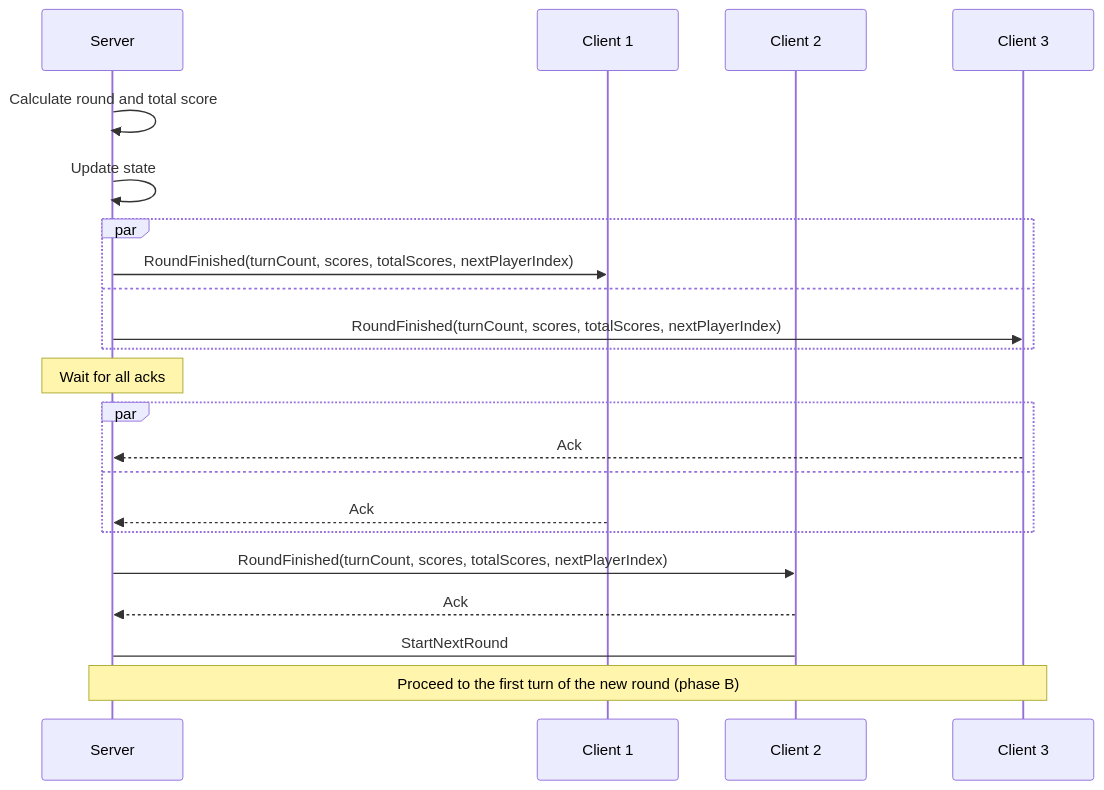
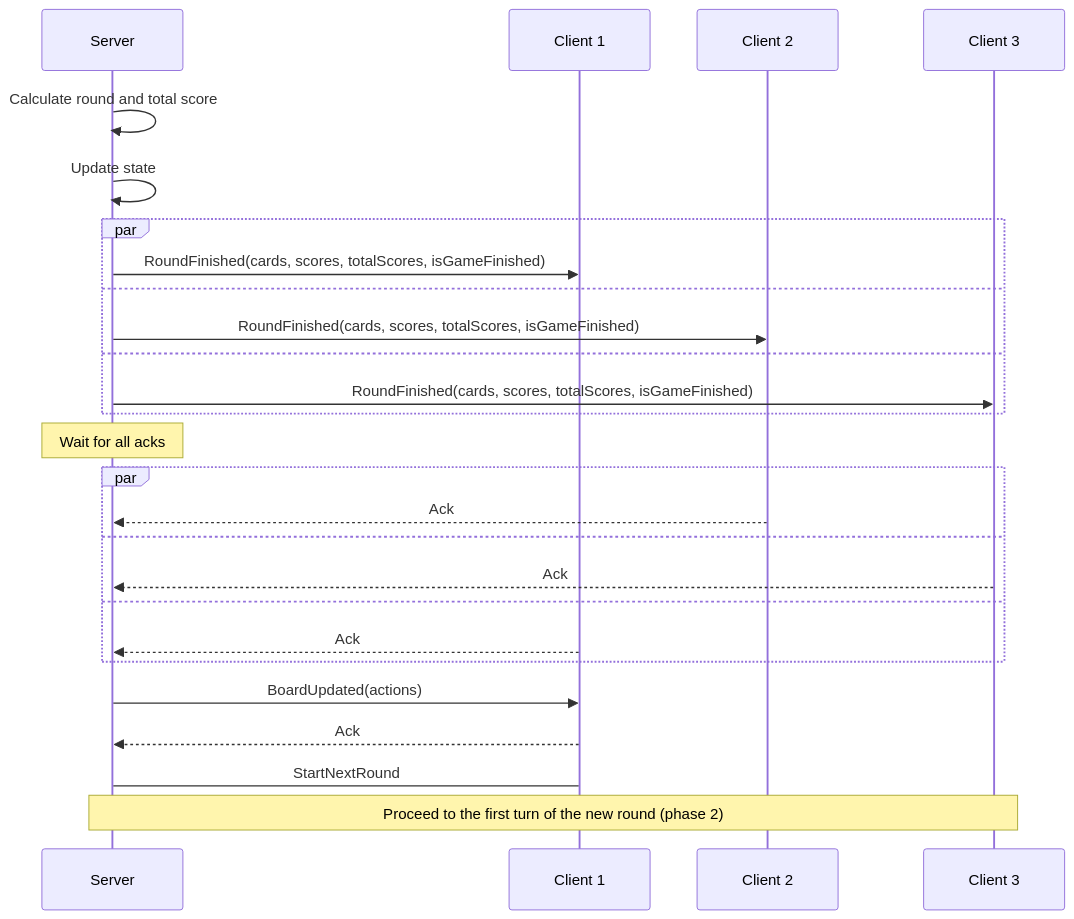
One commit to roman-zubarevich/another changed diagram 14 of 15 in README.md. Above: the diagram before and after it, drawn with Mermaid. The commit also changed other lines of this file, not shown here.

````diff
--- a/README.md
+++ b/README.md
@@ -499,24 +455,28 @@
 ```mermaid
 sequenceDiagram
     participant S as Server
     participant C1 as Client 1
     participant C2 as Client 2
     participant C3 as Client 3
     S->>S: Calculate round and total score
     S->>S: Update state
     par
-        S->>C1: RoundFinished(turnCount, scores, totalScores, nextPlayerIndex)
+        S->>C1: RoundFinished(cards, scores, totalScores, isGameFinished)
     and
-        S->>C3: RoundFinished(turnCount, scores, totalScores, nextPlayerIndex)
+        S->>C2: RoundFinished(cards, scores, totalScores, isGameFinished)
+    and
+        S->>C3: RoundFinished(cards, scores, totalScores, isGameFinished)
     end
     Note over S: Wait for all acks
     par
+        C2-->>S: Ack
+    and
         C3-->>S: Ack
     and
         C1-->>S: Ack
     end
-    S->>C2: RoundFinished(turnCount, scores, totalScores, nextPlayerIndex)
-    C2-->>S: Ack
-    C2->S: StartNextRound
-    Note over S,C3: Proceed to the first turn of the new round (phase B)
+    S->>C1: BoardUpdated(actions)
+    C1-->>S: Ack
+    C1->S: StartNextRound
+    Note over S,C3: Proceed to the first turn of the new round (phase 2)
 ```
````
